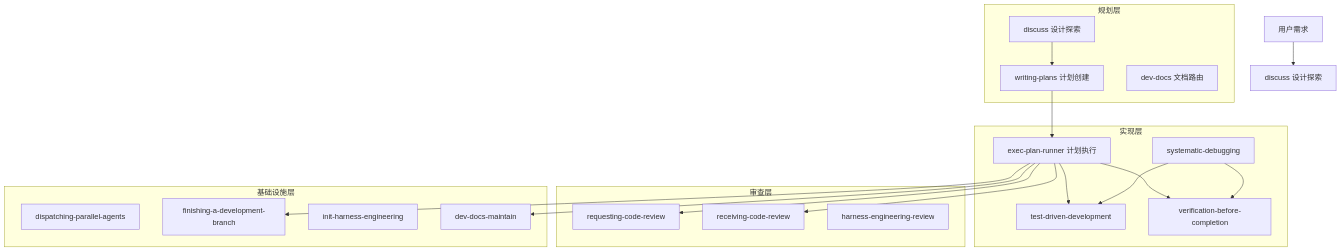
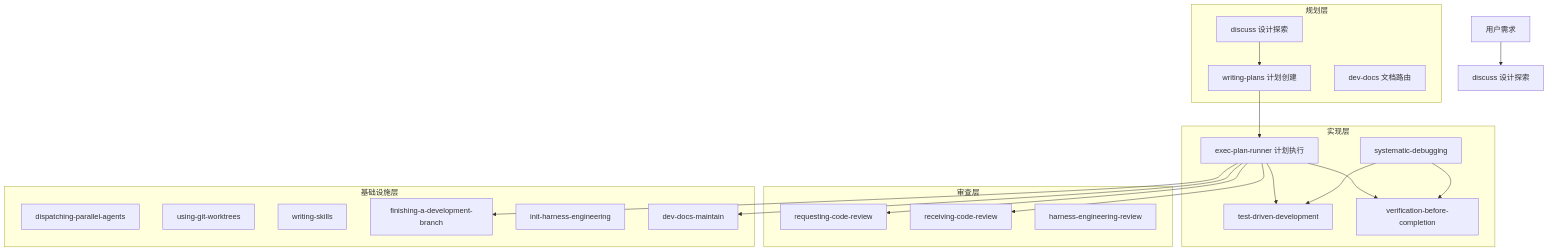
Before and after one commit to Linfee/power-agent: the diagram in docs/architecture.md, drawn with Mermaid. The commit also changed other lines of this file and 33 other files, not shown here.

````diff
--- a/docs/architecture.md
+++ b/docs/architecture.md
@@ -10,43 +10,45 @@
 ```mermaid
 graph TB
     User[用户需求] --> D[discuss 设计探索]
 
     subgraph "规划层"
         D2[discuss 设计探索]
         WP[writing-plans 计划创建]
         DD[dev-docs 文档路由]
     end
 
     subgraph "实现层"
         EP[exec-plan-runner 计划执行]
         TDD[test-driven-development]
         DBG[systematic-debugging]
         VBC[verification-before-completion]
     end
 
     subgraph "审查层"
         RCR[requesting-code-review]
         RRC[receiving-code-review]
         HER[harness-engineering-review]
     end
 
     subgraph "基础设施层"
         DPA[dispatching-parallel-agents]
+        WGT[using-git-worktrees]
+        WSK[writing-skills]
         FAB[finishing-a-development-branch]
         IHE[init-harness-engineering]
         DDM[dev-docs-maintain]
     end
 
     D2 --> WP
     WP --> EP
 
     EP --> TDD
     EP --> RRC
     EP --> VBC
     EP --> RCR
     EP --> FAB
     EP --> DDM
 
     DBG --> TDD
     DBG --> VBC
 ```
````
